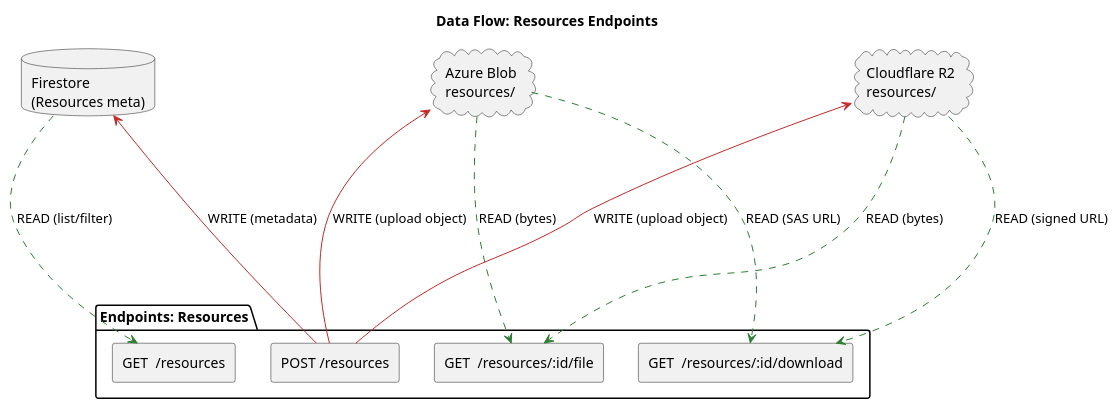
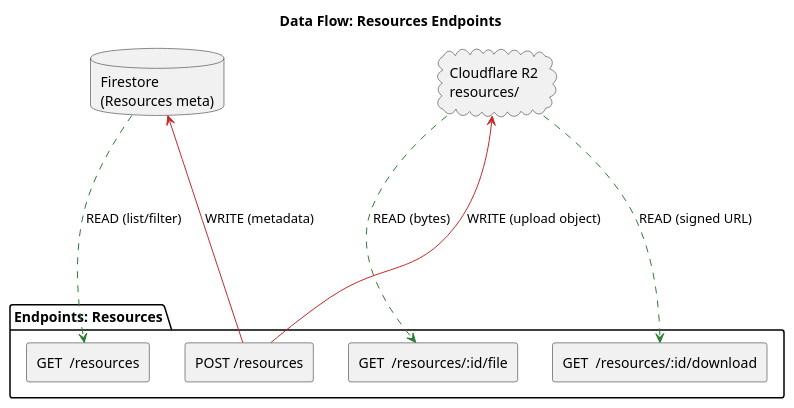
Before and after one commit to ST10399453/INSY7315_CiteWise: the diagram in backend/documentation/resources.puml, drawn with PlantUML. The commit also changed 1 other file, not shown here.

Commit message:
Update Diagrams

```diff
--- a/backend/documentation/resources.puml
+++ b/backend/documentation/resources.puml
@@ -1,31 +1,27 @@
 @startuml API_DataFlow_Resources
 left to right direction
 skinparam componentStyle rectangle
 skinparam wrapWidth 280
 skinparam maxMessageSize 200
 title Data Flow: Resources Endpoints
 
 database "Firestore\n(Resources meta)" as FS_RES
 cloud "Cloudflare R2\nresources/" as R2
-cloud "Azure Blob\nresources/" as AZ
 
 package "Endpoints: Resources" {
   top to bottom direction
   component "POST /resources"                  as RES_POST
   component "GET  /resources"                  as RES_GET
   component "GET  /resources/:id/download"     as RES_DL
   component "GET  /resources/:id/file"         as RES_STREAM
 }
 
 ' READs
 FS_RES -[#2E7D32]-.-> RES_GET : READ (list/filter)
 R2     -[#2E7D32]-.-> RES_DL  : READ (signed URL)
-AZ     -[#2E7D32]-.-> RES_DL  : READ (SAS URL)
 R2     -[#2E7D32]-.-> RES_STREAM : READ (bytes)
-AZ     -[#2E7D32]-.-> RES_STREAM : READ (bytes)
 
 ' WRITEs
 RES_POST -[#C62828]-> R2     : WRITE (upload object)
-RES_POST -[#C62828]-> AZ     : WRITE (upload object)
 RES_POST -[#C62828]-> FS_RES : WRITE (metadata)
 @enduml
```
